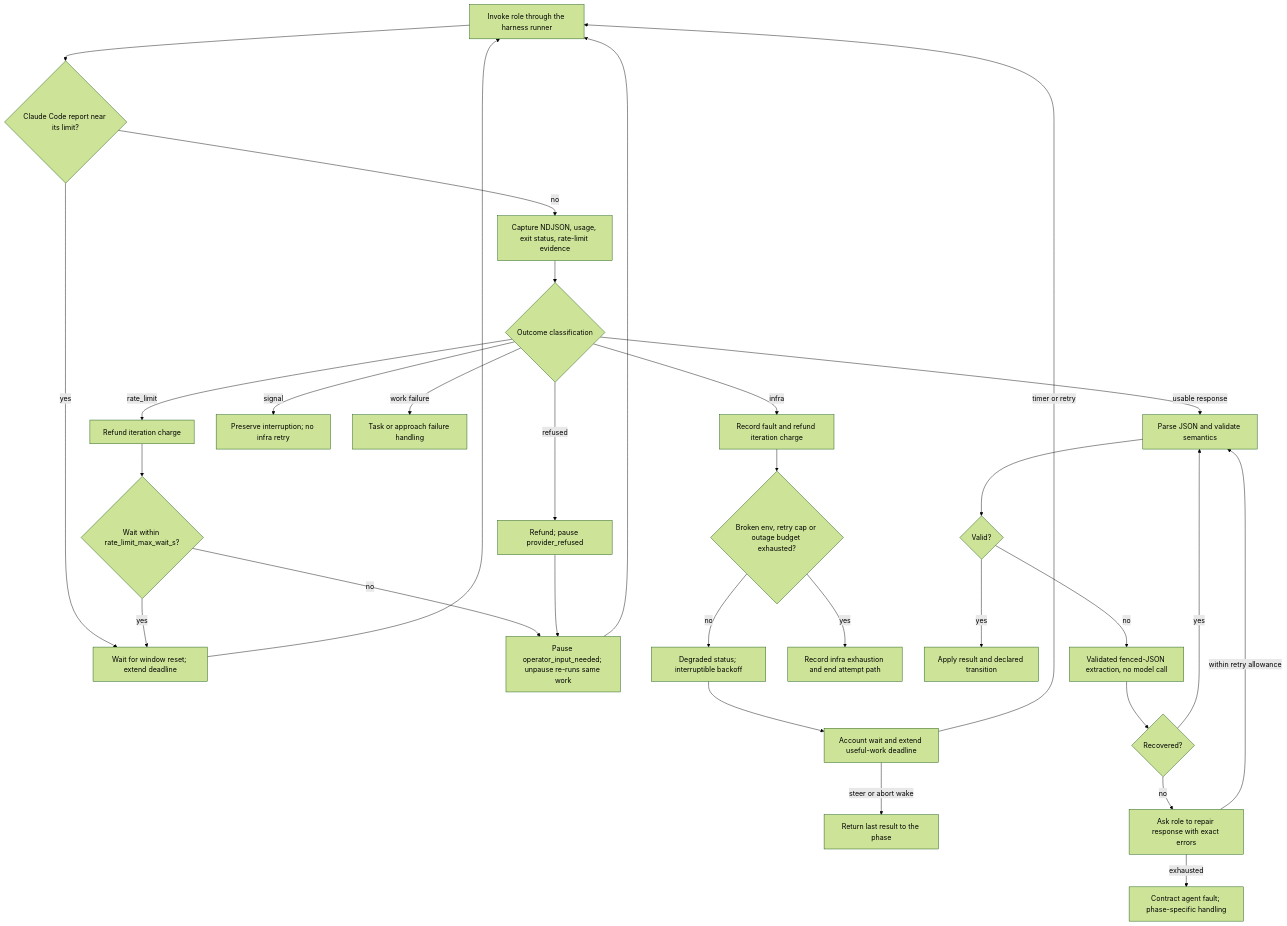
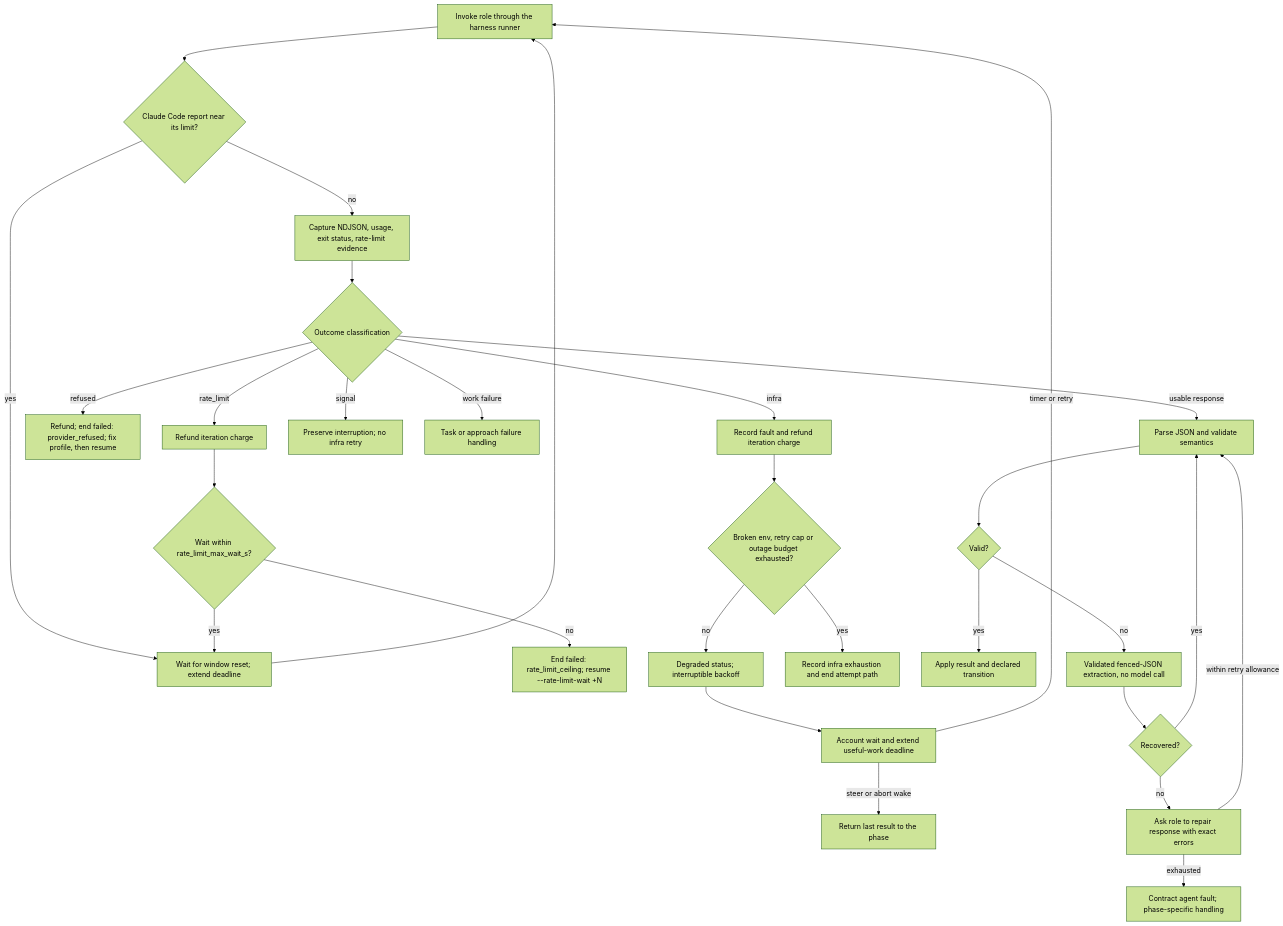
Before and after one commit to n-orlov/ralphd: the seventh of 10 diagrams in docs/solution-tech-spec.md, drawn with Mermaid (forest theme). The commit also changed other lines of this file and 7 other files, not shown here.

First line of the commit message:
docs: SPEC and the user docs describe the judge-fault, ceiling, refusal and secret routes (#304)

````diff
--- a/docs/solution-tech-spec.md
+++ b/docs/solution-tech-spec.md
@@ -888,33 +897,31 @@
 ```mermaid
 flowchart TD
     Invoke["Invoke role through the harness runner"] --> Pre{"Claude Code report near its limit?"}
     Pre -->|yes| RLWait
     Pre -->|no| Stream["Capture NDJSON, usage, exit status, rate-limit evidence"]
     Stream --> Fault{"Outcome classification"}
     Fault -->|rate_limit| RLRefund["Refund iteration charge"]
     RLRefund --> RLCap{"Wait within rate_limit_max_wait_s?"}
     RLCap -->|yes| RLWait["Wait for window reset; extend deadline"]
     RLWait --> Invoke
-    RLCap -->|no| OpPause["Pause operator_input_needed; unpause re-runs same work"]
-    Fault -->|refused| RefRefund["Refund; pause provider_refused"]
-    RefRefund --> OpPause
-    OpPause --> Invoke
+    RLCap -->|no| RLFail["End failed: rate_limit_ceiling; resume --rate-limit-wait +N"]
+    Fault -->|refused| RefRefund["Refund; end failed: provider_refused; fix profile, then resume"]
     Fault -->|infra| Refund["Record fault and refund iteration charge"]
     Refund --> Cap{"Broken env, retry cap or outage budget exhausted?"}
     Cap -->|no| Wait["Degraded status; interruptible backoff"]
     Wait --> Extend["Account wait and extend useful-work deadline"]
     Extend -->|timer or retry| Invoke
     Extend -->|steer or abort wake| Return["Return last result to the phase"]
     Cap -->|yes| Stop["Record infra exhaustion and end attempt path"]
     Fault -->|signal| Signal["Preserve interruption; no infra retry"]
     Fault -->|work failure| WorkFail["Task or approach failure handling"]
     Fault -->|usable response| Parse["Parse JSON and validate semantics"]
     Parse --> Good{"Valid?"}
     Good -->|yes| Apply["Apply result and declared transition"]
     Good -->|no| Normalize["Validated fenced-JSON extraction, no model call"]
     Normalize --> Fixed{"Recovered?"}
     Fixed -->|yes| Parse
     Fixed -->|no| Ask["Ask role to repair response with exact errors"]
     Ask -->|within retry allowance| Parse
     Ask -->|exhausted| AgentFault["Contract agent fault; phase-specific handling"]
 ```
````
